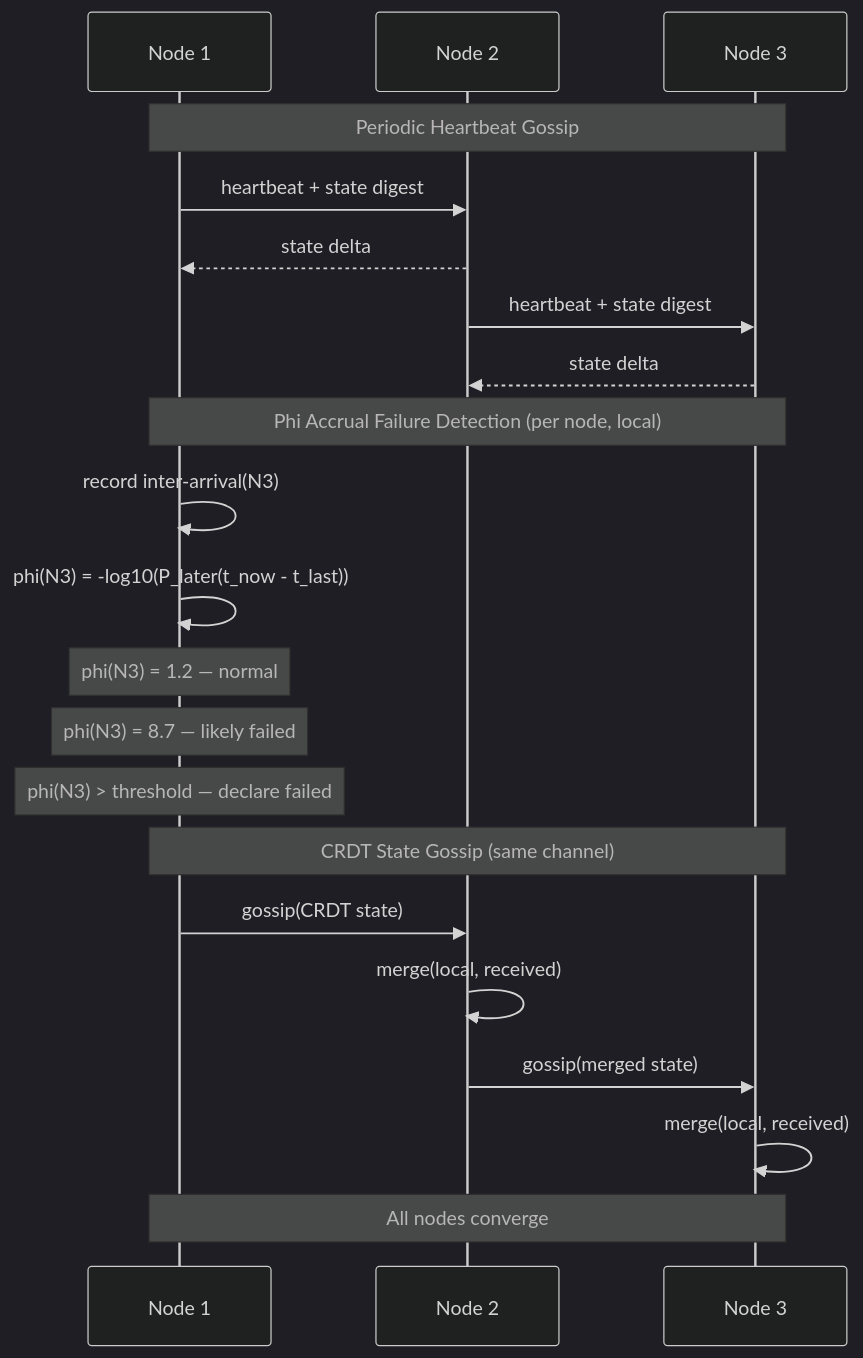
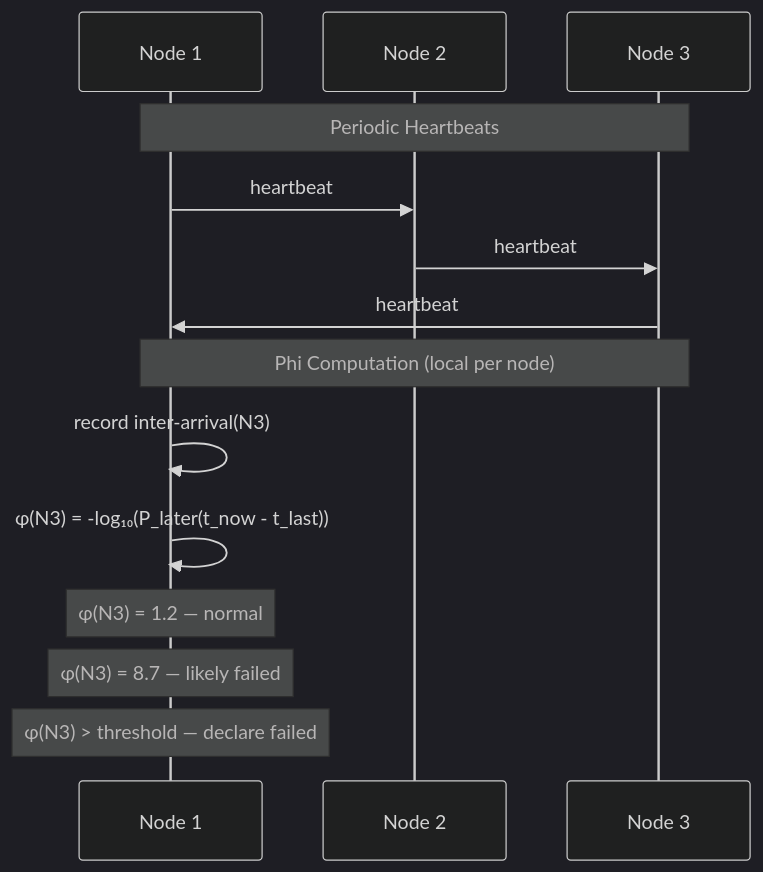
Before and after one commit to w-h-a/meld: the second of 3 diagrams in README.md, drawn with Mermaid (dark theme). The commit also changed other lines of this file, not shown here.

````diff
--- a/README.md
+++ b/README.md
@@ -52,26 +52,18 @@
 ```mermaid
 sequenceDiagram
     participant N1 as Node 1
     participant N2 as Node 2
     participant N3 as Node 3
 
-    Note over N1,N3: Periodic Heartbeat Gossip
-    N1->>N2: heartbeat + state digest
-    N2-->>N1: state delta
-    N2->>N3: heartbeat + state digest
-    N3-->>N2: state delta
+    Note over N1,N3: Periodic Heartbeats
+    N1->>N2: heartbeat
+    N2->>N3: heartbeat
+    N3->>N1: heartbeat
 
-    Note over N1,N3: Phi Accrual Failure Detection (per node, local)
+    Note over N1,N3: Phi Computation (local per node)
     N1->>N1: record inter-arrival(N3)
-    N1->>N1: phi(N3) = -log10(P_later(t_now - t_last))
-    Note over N1: phi(N3) = 1.2 — normal
-    Note over N1: phi(N3) = 8.7 — likely failed
-    Note over N1: phi(N3) > threshold — declare failed
-
-    Note over N1,N3: CRDT State Gossip (same channel)
-    N1->>N2: gossip(CRDT state)
-    N2->>N2: merge(local, received)
-    N2->>N3: gossip(merged state)
-    N3->>N3: merge(local, received)
-    Note over N1,N3: All nodes converge
+    N1->>N1: φ(N3) = -log₁₀(P_later(t_now - t_last))
+    Note over N1: φ(N3) = 1.2 — normal
+    Note over N1: φ(N3) = 8.7 — likely failed
+    Note over N1: φ(N3) > threshold — declare failed
 ```
````
